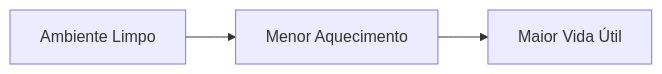
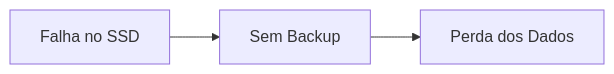
One commit to theooiiii/Tecnico-em-Informatica-Completo changed the diagram in 01-Fundamentos-da-Informatica/Aulas/Aula-01-O-que-e-Informatica/07-Erros-Comuns.md. Above: the diagram before and after it, drawn with Mermaid. The commit also changed other lines of this file, not shown here.

````diff
--- a/01-Fundamentos-da-Informatica/Aulas/Aula-01-O-que-e-Informatica/07-Erros-Comuns.md
+++ b/01-Fundamentos-da-Informatica/Aulas/Aula-01-O-que-e-Informatica/07-Erros-Comuns.md
@@ -370,6 +237,6 @@
 ```mermaid
 flowchart LR
-    A[Ambiente Limpo]
-    --> B[Menor Aquecimento]
-    --> C[Maior Vida Útil]
+    A[Falha no SSD]
+    --> B[Sem Backup]
+    --> C[Perda dos Dados]
 ```
````
